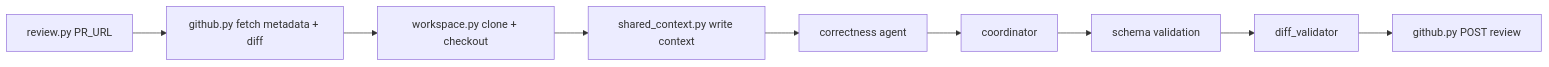
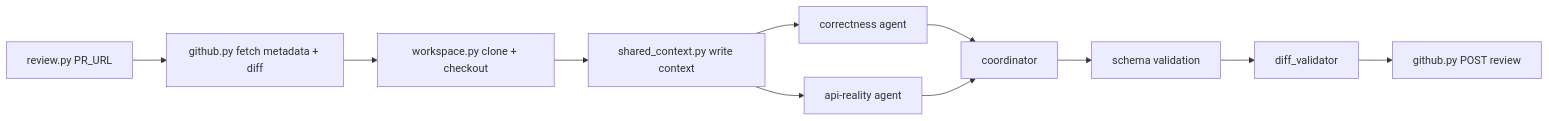
Before and after one commit to sachinkundu/deos-review-agent: the diagram in openspec/changes/review-bot-phase-1/design.md, drawn with Mermaid. The commit also changed other lines of this file and 4 other files, not shown here.

First line of the commit message:
Clarify correctness and add API-reality agent to Phase 1

````diff
--- a/openspec/changes/review-bot-phase-1/design.md
+++ b/openspec/changes/review-bot-phase-1/design.md
@@ -66,11 +69,13 @@
 ```mermaid
 flowchart LR
     CLI[review.py PR_URL] --> GH1[github.py fetch metadata + diff]
     GH1 --> WS[workspace.py clone + checkout]
     WS --> SC[shared_context.py write context]
-    SC --> AGENT[correctness agent]
-    AGENT --> COORD[coordinator]
+    SC --> CORR[correctness agent]
+    SC --> API[api-reality agent]
+    CORR --> COORD[coordinator]
+    API --> COORD
     COORD --> SCHEMA[schema validation]
     SCHEMA --> DV[diff_validator]
     DV --> GH2[github.py POST review]
 ```
````
